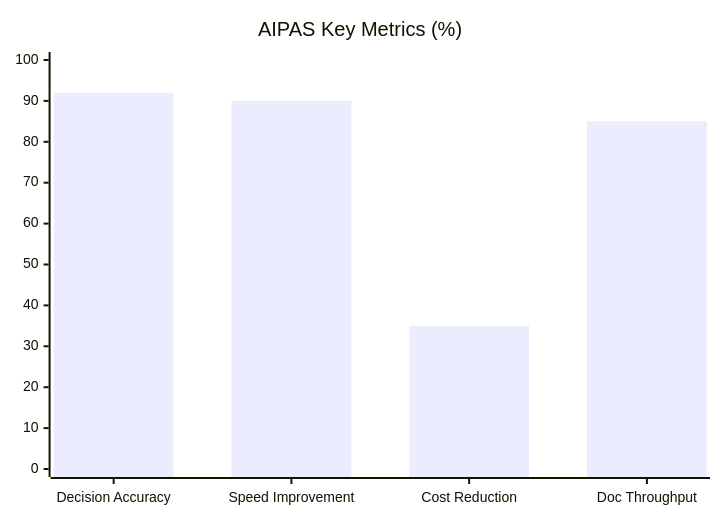
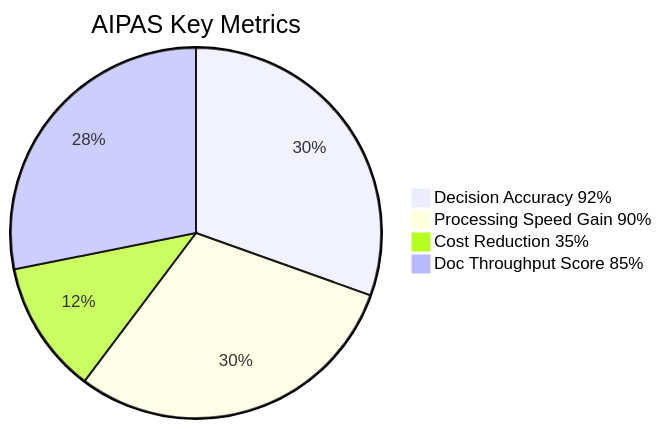
The seventh of 10 diagrams in README.md (Hamza-Kahloon786/Hamza-Kahloon786), drawn with Mermaid before and after one commit. The commit also changed other lines of this file and 23 other files, not shown here.

````diff
--- a/README.md
+++ b/README.md
@@ -207,7 +220,7 @@
 ```mermaid
-xychart-beta
-    title "AIPAS Key Metrics (%)"
-    x-axis ["Decision Accuracy", "Speed Improvement", "Cost Reduction", "Doc Throughput"]
-    y-axis 0 --> 100
-    bar [92, 90, 35, 85]
+pie title AIPAS Key Metrics
+    "Decision Accuracy 92%" : 92
+    "Processing Speed Gain 90%" : 90
+    "Cost Reduction 35%" : 35
+    "Doc Throughput Score 85%" : 85
 ```
````
